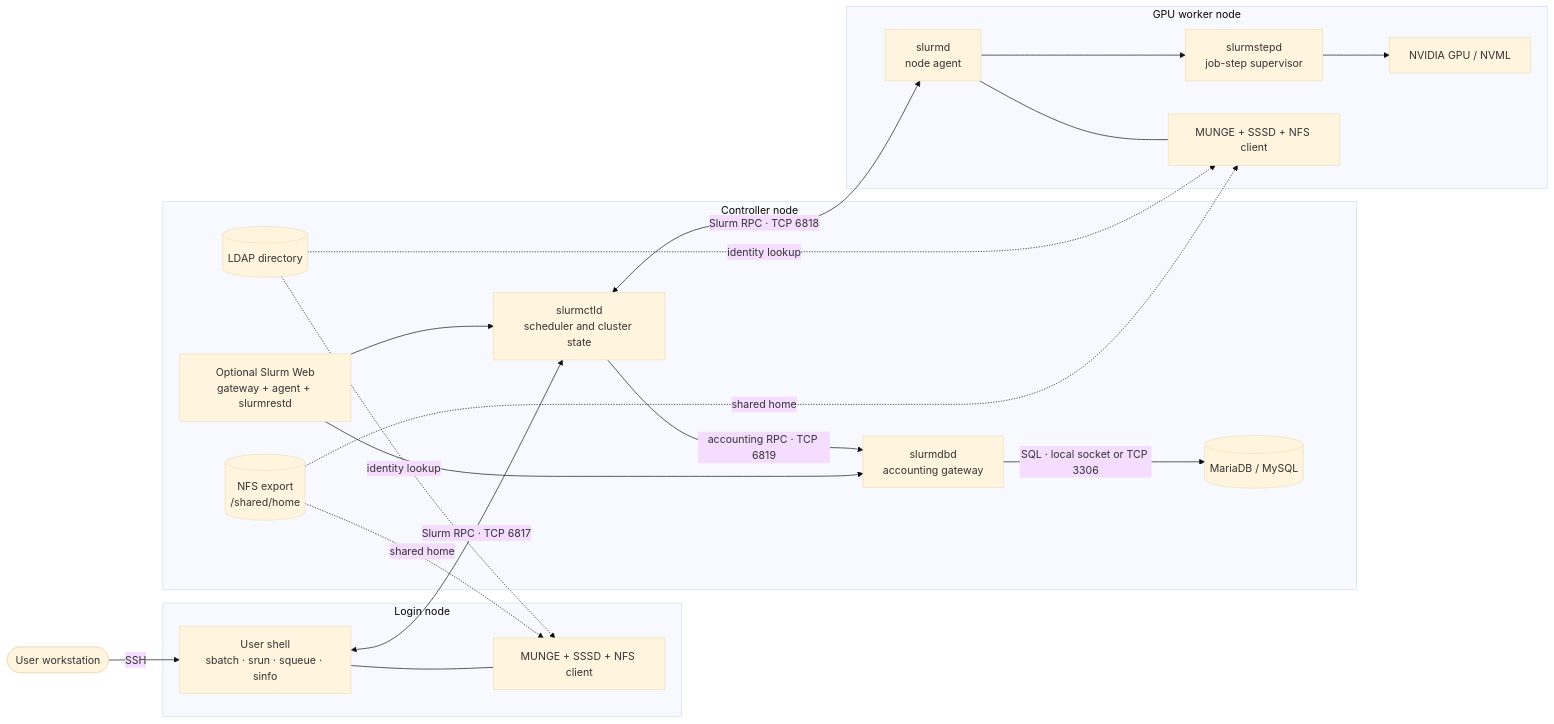
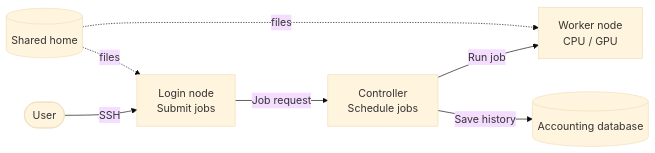
Before and after one commit to Shahariarb50/Slurm-HPC-Project-for-AI-Infra: the first of 2 diagrams in README.md, drawn with Mermaid (base theme). The commit also changed other lines of this file, not shown here.

Commit message:
README-Update

````diff
--- a/README.md
+++ b/README.md
@@ -73,39 +73,9 @@
 ```mermaid
 flowchart LR
-    U([User workstation]) -->|SSH| L
-
-    subgraph Login[Login node]
-        L[User shell<br/>sbatch · srun · squeue · sinfo]
-        LM[MUNGE + SSSD + NFS client]
-        L --- LM
-    end
-
-    subgraph Controller[Controller node]
-        C[slurmctld<br/>scheduler and cluster state]
-        D[slurmdbd<br/>accounting gateway]
-        DB[(MariaDB / MySQL)]
-        LDAP[(LDAP directory)]
-        NFS[(NFS export<br/>/shared/home)]
-        WEB[Optional Slurm Web<br/>gateway + agent + slurmrestd]
-        C -->|accounting RPC · TCP 6819| D
-        D -->|SQL · local socket or TCP 3306| DB
-        WEB --> C
-        WEB --> D
-    end
-
-    subgraph Compute[GPU worker node]
-        S[slurmd<br/>node agent]
-        STEP[slurmstepd<br/>job-step supervisor]
-        GPU[NVIDIA GPU / NVML]
-        CM[MUNGE + SSSD + NFS client]
-        S --> STEP --> GPU
-        S --- CM
-    end
-
-    L <-->|Slurm RPC · TCP 6817| C
-    C <-->|Slurm RPC · TCP 6818| S
-    LDAP -. identity lookup .-> LM
-    LDAP -. identity lookup .-> CM
-    NFS -. shared home .-> LM
-    NFS -. shared home .-> CM
+    U([User]) -->|SSH| L[Login node<br/>Submit jobs]
+    L -->|Job request| C[Controller<br/>Schedule jobs]
+    C -->|Run job| W[Worker node<br/>CPU / GPU]
+    C -->|Save history| D[(Accounting database)]
+    H[(Shared home)] -. files .-> L
+    H -. files .-> W
 ```
````
